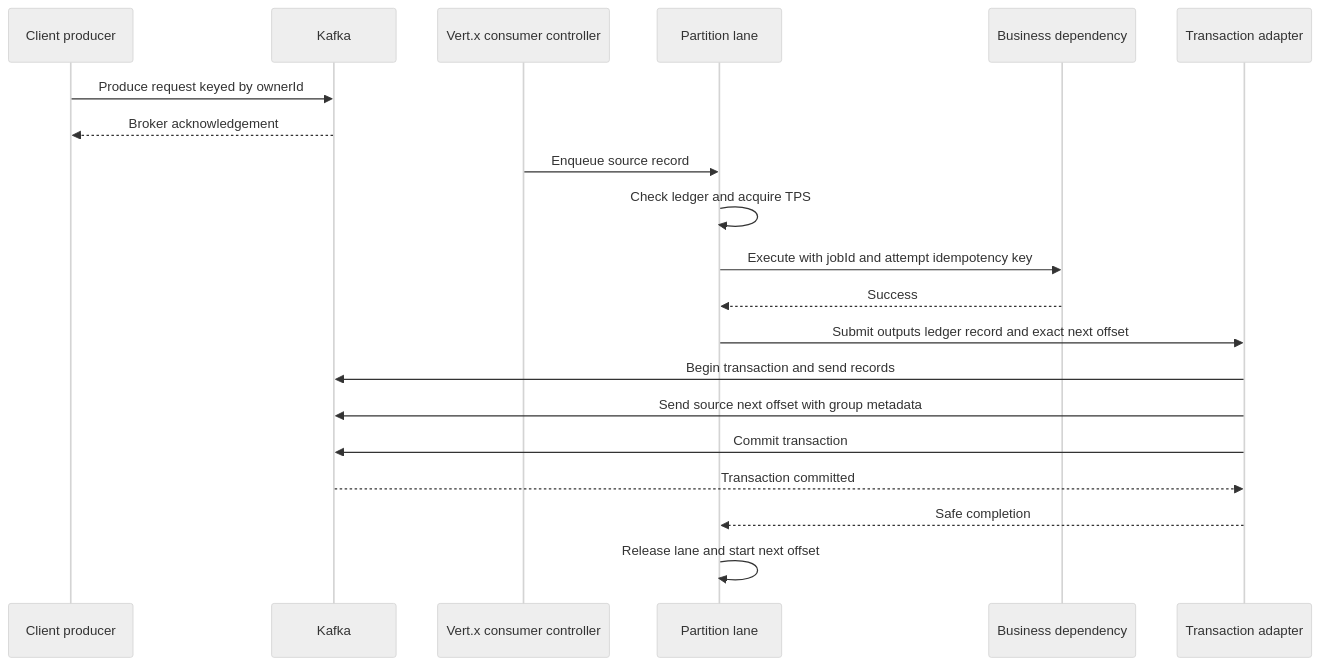
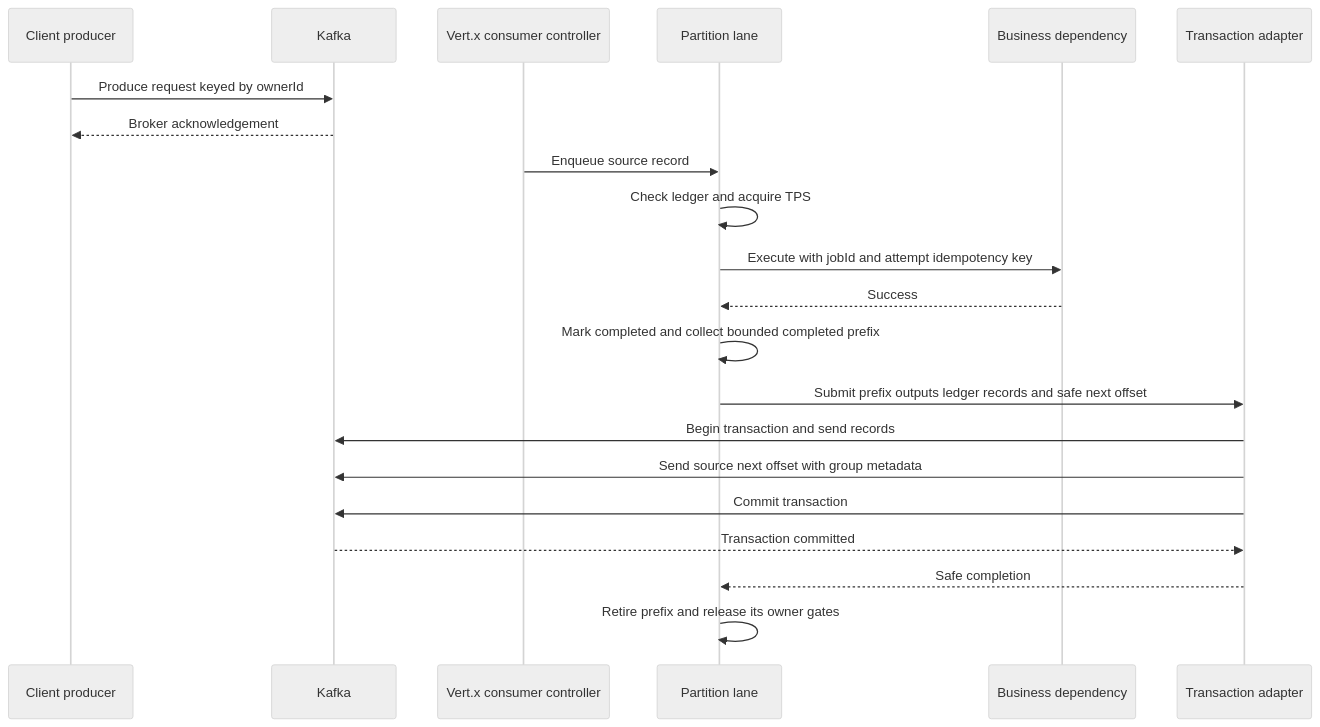
One commit to spakai/job_scheduling_simulation changed the fourth of 9 diagrams in specs/007-vertx-kafka-pull-worker/arc42.md. Above: the diagram before and after it, drawn with Mermaid (neutral theme). The commit also changed other lines of this file and 2 other files, not shown here.

Commit message:
Revise spec 007 for concurrent partition processing and safe commits

````diff
--- a/specs/007-vertx-kafka-pull-worker/arc42.md
+++ b/specs/007-vertx-kafka-pull-worker/arc42.md
@@ -232,23 +233,24 @@
 ```mermaid
 sequenceDiagram
     participant C as Client producer
     participant K as Kafka
     participant V as Vert.x consumer controller
     participant L as Partition lane
     participant B as Business dependency
     participant T as Transaction adapter
 
     C->>K: Produce request keyed by ownerId
     K-->>C: Broker acknowledgement
     V->>L: Enqueue source record
     L->>L: Check ledger and acquire TPS
     L->>B: Execute with jobId and attempt idempotency key
     B-->>L: Success
-    L->>T: Submit outputs ledger record and exact next offset
+    L->>L: Mark completed and collect bounded completed prefix
+    L->>T: Submit prefix outputs ledger records and safe next offset
     T->>K: Begin transaction and send records
     T->>K: Send source next offset with group metadata
     T->>K: Commit transaction
     K-->>T: Transaction committed
     T-->>L: Safe completion
-    L->>L: Release lane and start next offset
+    L->>L: Retire prefix and release its owner gates
 ```
````
